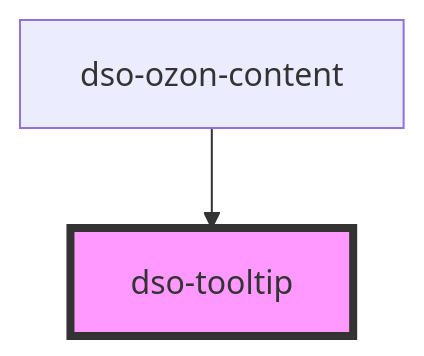
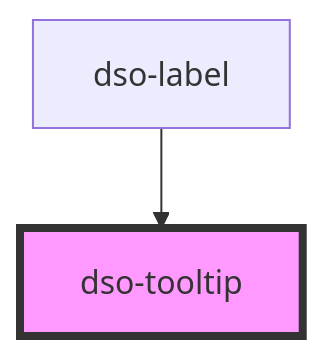
The diagram in packages/core/src/components/tooltip/readme.md (dso-toolkit/dso-toolkit), drawn with Mermaid before and after one commit. The commit also changed other lines of this file and 12 other files, not shown here.

````diff
--- a/packages/core/src/components/tooltip/readme.md
+++ b/packages/core/src/components/tooltip/readme.md
@@ -55,5 +55,5 @@
 ```mermaid
 graph TD;
-  dso-ozon-content --> dso-tooltip
+  dso-label --> dso-tooltip
   style dso-tooltip fill:#f9f,stroke:#333,stroke-width:4px
 ```
````
